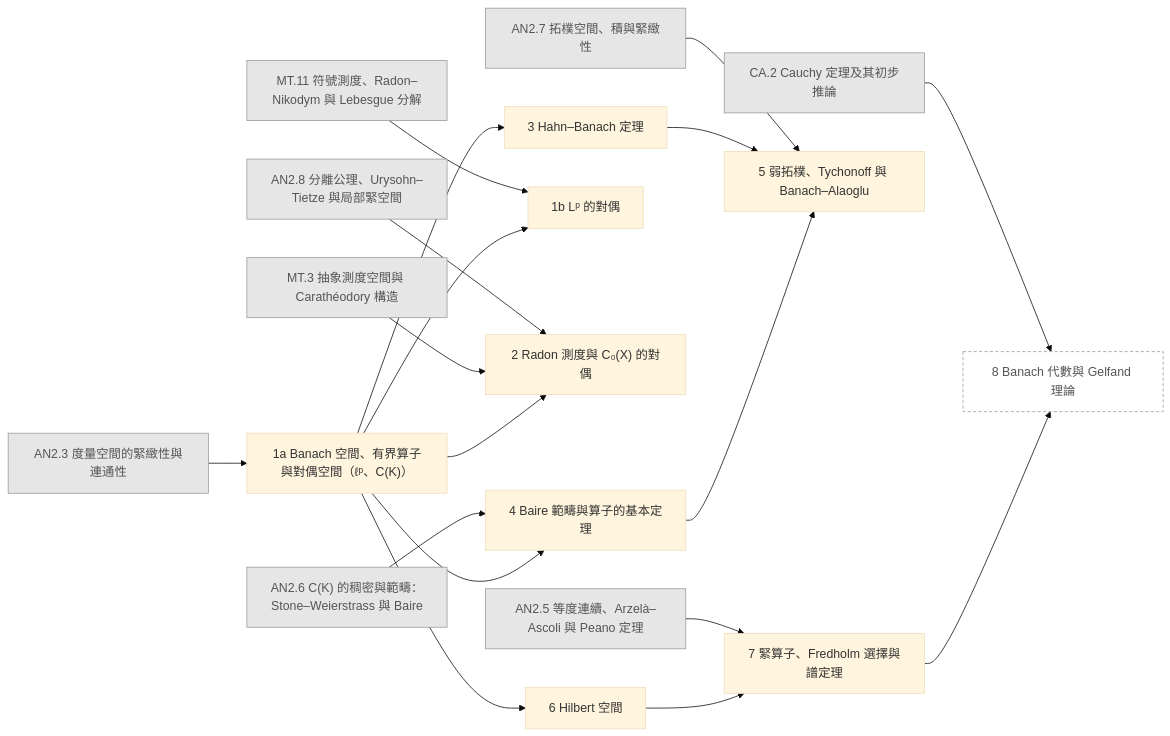
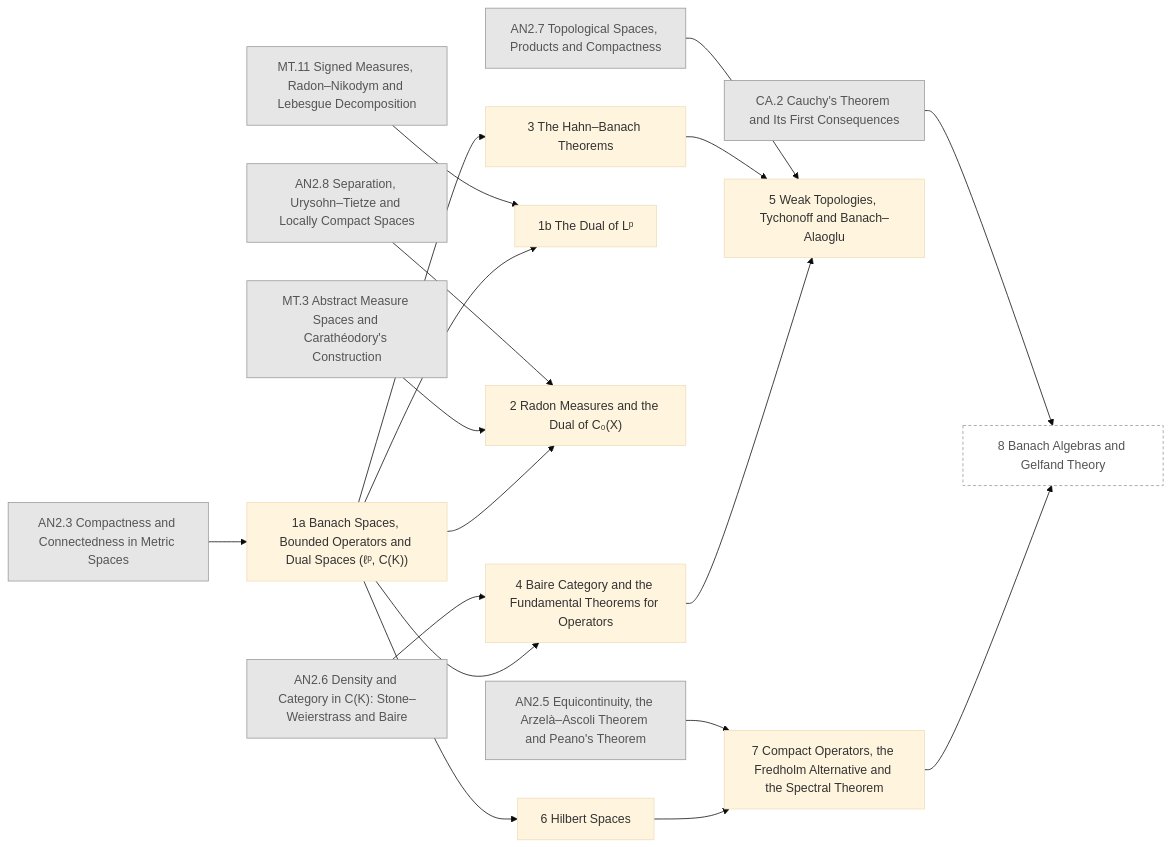
Before and after one commit to AkizumiFox/math-atlas: the diagram in generated/chapters/FA.mmd, drawn with Mermaid (base theme). The commit also changed 36 other files, not shown here.

```diff
--- a/generated/chapters/FA.mmd
+++ b/generated/chapters/FA.mmd
@@ -1,38 +1,38 @@
 flowchart LR
-  AN2_3["AN2.3 度量空間的緊緻性與連通性"]:::ext
-  AN2_5["AN2.5 等度連續、Arzelà–Ascoli 與 Peano 定理"]:::ext
-  AN2_6["AN2.6 C(K) 的稠密與範疇：Stone–Weierstrass 與 Baire"]:::ext
-  AN2_7["AN2.7 拓樸空間、積與緊緻性"]:::ext
-  AN2_8["AN2.8 分離公理、Urysohn–Tietze 與局部緊空間"]:::ext
-  MT_3["MT.3 抽象測度空間與 Carathéodory 構造"]:::ext
-  MT_11["MT.11 符號測度、Radon–Nikodym 與 Lebesgue 分解"]:::ext
-  CA_2["CA.2 Cauchy 定理及其初步推論"]:::ext
-  FA_1a["1a Banach 空間、有界算子與對偶空間（ℓᵖ、C(K)）"]
-  FA_1b["1b Lᵖ 的對偶"]
-  FA_2["2 Radon 測度與 C₀(X) 的對偶"]
-  FA_3["3 Hahn–Banach 定理"]
-  FA_4["4 Baire 範疇與算子的基本定理"]
-  FA_5["5 弱拓樸、Tychonoff 與 Banach–Alaoglu"]
-  FA_6["6 Hilbert 空間"]
-  FA_7["7 緊算子、Fredholm 選擇與譜定理"]
-  FA_8["8 Banach 代數與 Gelfand 理論"]:::opt
+  AN2_3["AN2.3 Compactness and Connectedness in Metric Spaces"]:::ext
+  AN2_5["AN2.5 Equicontinuity, the Arzelà–Ascoli Theorem and Peano's Theorem"]:::ext
+  AN2_6["AN2.6 Density and Category in C(K): Stone–Weierstrass and Baire"]:::ext
+  AN2_7["AN2.7 Topological Spaces, Products and Compactness"]:::ext
+  AN2_8["AN2.8 Separation, Urysohn–Tietze and Locally Compact Spaces"]:::ext
+  MT_3["MT.3 Abstract Measure Spaces and Carathéodory's Construction"]:::ext
+  MT_11["MT.11 Signed Measures, Radon–Nikodym and Lebesgue Decomposition"]:::ext
+  CA_2["CA.2 Cauchy's Theorem and Its First Consequences"]:::ext
+  FA_1a["1a Banach Spaces, Bounded Operators and Dual Spaces (ℓᵖ, C(K))"]
+  FA_1b["1b The Dual of Lᵖ"]
+  FA_2["2 Radon Measures and the Dual of C₀(X)"]
+  FA_3["3 The Hahn–Banach Theorems"]
+  FA_4["4 Baire Category and the Fundamental Theorems for Operators"]
+  FA_5["5 Weak Topologies, Tychonoff and Banach–Alaoglu"]
+  FA_6["6 Hilbert Spaces"]
+  FA_7["7 Compact Operators, the Fredholm Alternative and the Spectral Theorem"]
+  FA_8["8 Banach Algebras and Gelfand Theory"]:::opt
   AN2_3 --> FA_1a
   MT_11 --> FA_1b
   FA_1a --> FA_1b
   AN2_8 --> FA_2
   MT_3 --> FA_2
   FA_1a --> FA_2
   FA_1a --> FA_3
   AN2_6 --> FA_4
   FA_1a --> FA_4
   AN2_7 --> FA_5
   FA_3 --> FA_5
   FA_4 --> FA_5
   FA_1a --> FA_6
   AN2_5 --> FA_7
   FA_6 --> FA_7
   CA_2 --> FA_8
   FA_7 --> FA_8
   classDef ext fill:#e6e6e6,stroke:#999,color:#555
   classDef opt fill:#fff,stroke:#999,stroke-dasharray:4 3,color:#555
   classDef segb fill:#f6f6fb,stroke:#99a,color:#333
```
